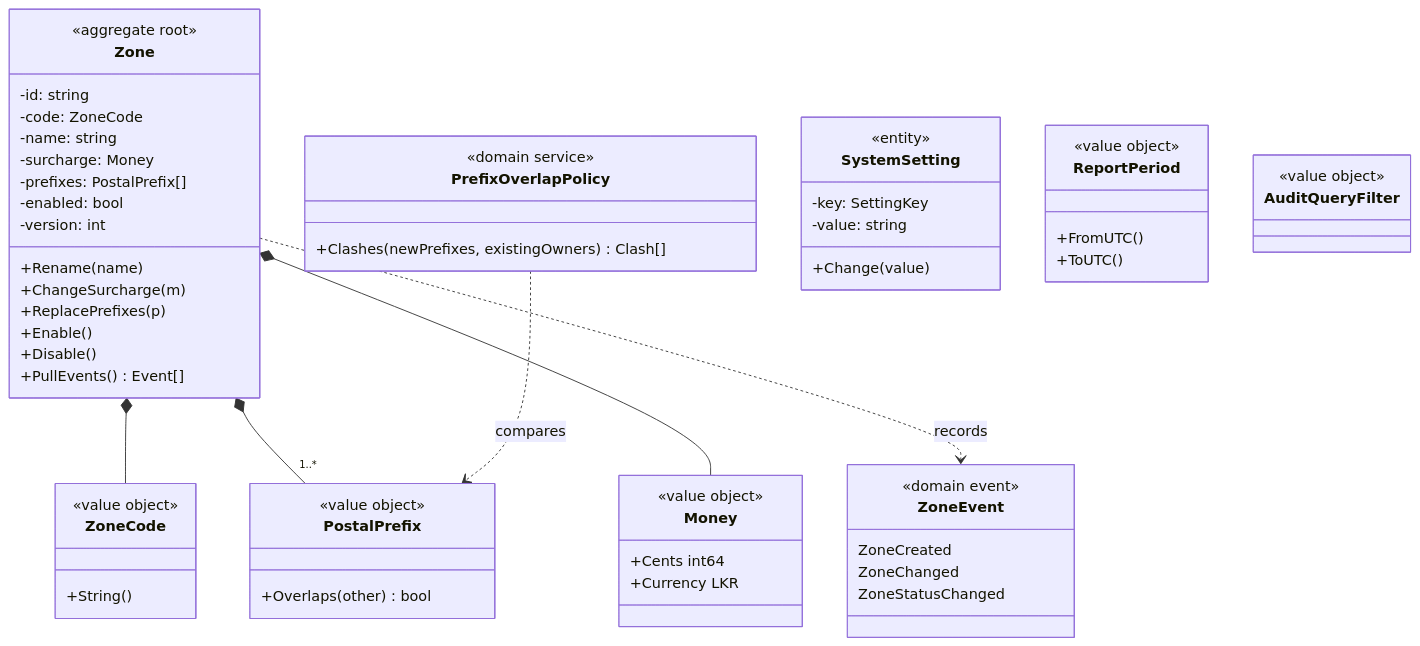
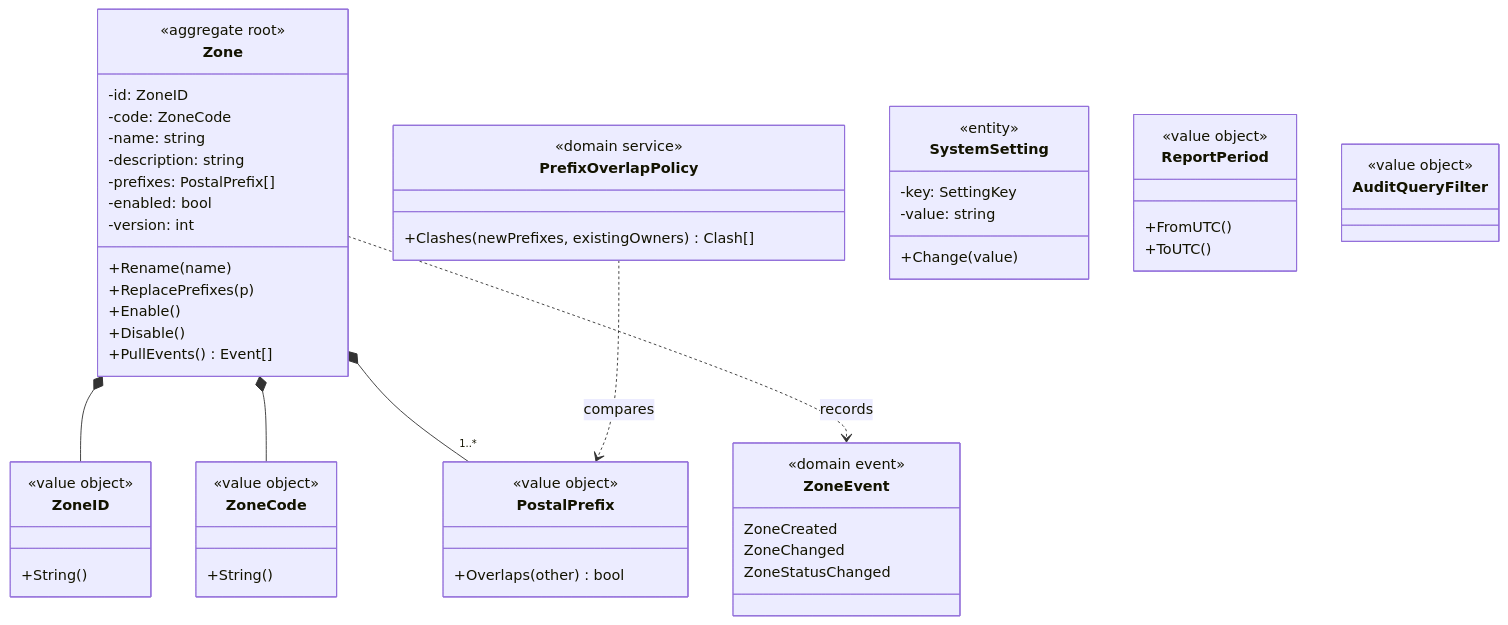
The seventh of 12 diagrams in docs/drafts/member-07-dispatcher-admin-web-gateway/doc-03-internal-architecture-and-design.md (phantomTroupeEAD/SwiftDrop), drawn with Mermaid before and after one commit. The commit also changed other lines of this file and 125 other files, not shown here.

````diff
--- a/docs/drafts/member-07-dispatcher-admin-web-gateway/doc-03-internal-architecture-and-design.md
+++ b/docs/drafts/member-07-dispatcher-admin-web-gateway/doc-03-internal-architecture-and-design.md
@@ -574,61 +597,59 @@
 ```mermaid
 classDiagram
     class Zone {
         <<aggregate root>>
-        -id: string
+        -id: ZoneID
         -code: ZoneCode
         -name: string
-        -surcharge: Money
+        -description: string
         -prefixes: PostalPrefix[]
         -enabled: bool
         -version: int
         +Rename(name)
-        +ChangeSurcharge(m)
         +ReplacePrefixes(p)
         +Enable()
         +Disable()
         +PullEvents() Event[]
+    }
+    class ZoneID {
+        <<value object>>
+        +String()
     }
     class ZoneCode {
         <<value object>>
         +String()
     }
     class PostalPrefix {
         <<value object>>
         +Overlaps(other) bool
-    }
-    class Money {
-        <<value object>>
-        +Cents int64
-        +Currency LKR
     }
     class PrefixOverlapPolicy {
         <<domain service>>
         +Clashes(newPrefixes, existingOwners) Clash[]
     }
     class SystemSetting {
         <<entity>>
         -key: SettingKey
         -value: string
         +Change(value)
     }
     class ReportPeriod {
         <<value object>>
         +FromUTC()
         +ToUTC()
     }
     class AuditQueryFilter {
         <<value object>>
     }
     class ZoneEvent {
         <<domain event>>
         ZoneCreated
         ZoneChanged
         ZoneStatusChanged
     }
+    Zone *-- ZoneID
     Zone *-- ZoneCode
     Zone *-- "1..*" PostalPrefix
-    Zone *-- Money
     Zone ..> ZoneEvent : records
     PrefixOverlapPolicy ..> PostalPrefix : compares
 ```
````
